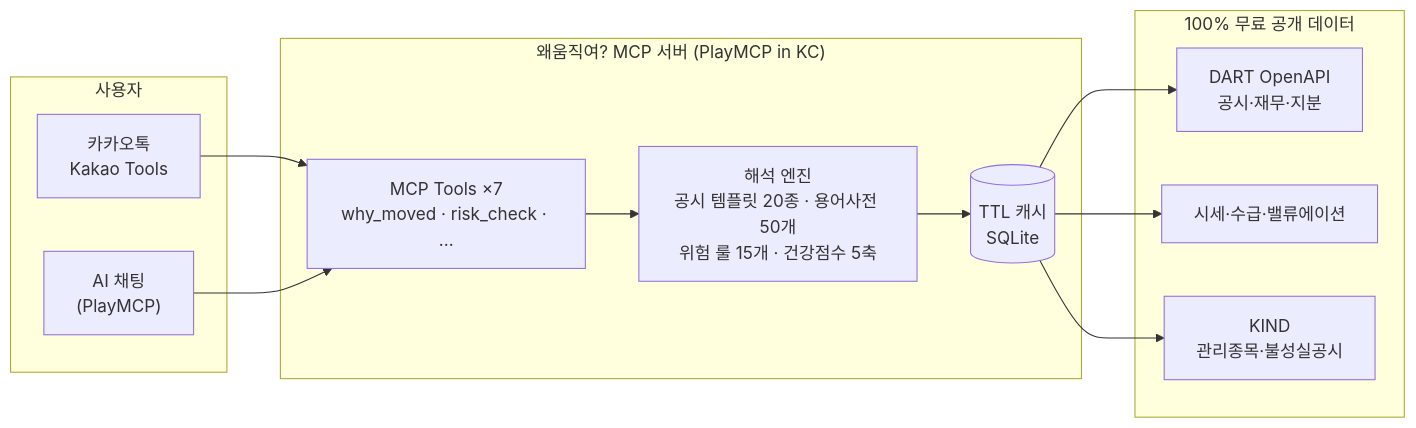
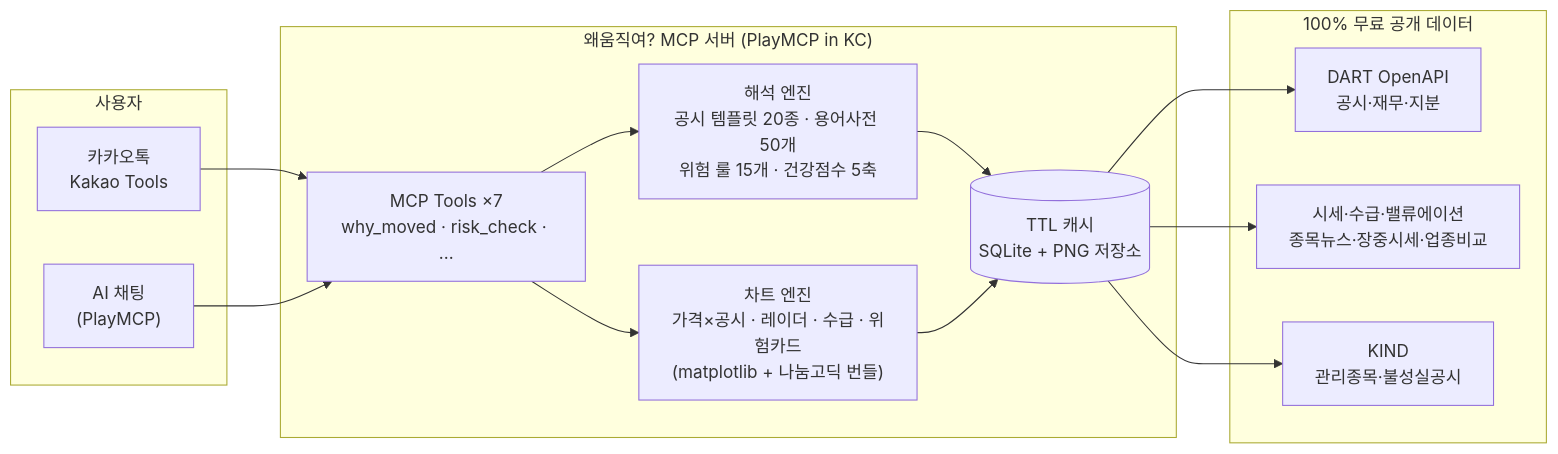
The first of 2 diagrams in README.md (humanist96/kakao_mcp), drawn with Mermaid before and after one commit. The commit also changed other lines of this file and 7 other files, not shown here.

````diff
--- a/README.md
+++ b/README.md
@@ -129,24 +152,27 @@
 ```mermaid
 flowchart LR
     subgraph 사용자
         KT["카카오톡<br/>Kakao Tools"]
         AI["AI 채팅<br/>(PlayMCP)"]
     end
     subgraph Server["왜움직여? MCP 서버 (PlayMCP in KC)"]
         T["MCP Tools ×7<br/>why_moved · risk_check · ..."]
         E["해석 엔진<br/>공시 템플릿 20종 · 용어사전 50개<br/>위험 룰 15개 · 건강점수 5축"]
-        C[("TTL 캐시<br/>SQLite")]
+        G["차트 엔진<br/>가격×공시 · 레이더 · 수급 · 위험카드<br/>(matplotlib + 나눔고딕 번들)"]
+        C[("TTL 캐시<br/>SQLite + PNG 저장소")]
     end
     subgraph Data["100% 무료 공개 데이터"]
         D["DART OpenAPI<br/>공시·재무·지분"]
-        N["시세·수급·밸류에이션"]
+        N["시세·수급·밸류에이션<br/>종목뉴스·장중시세·업종비교"]
         K["KIND<br/>관리종목·불성실공시"]
     end
     KT --> T
     AI --> T
     T --> E
+    T --> G
     E --> C
+    G --> C
     C --> D
     C --> N
     C --> K
 ```
````
